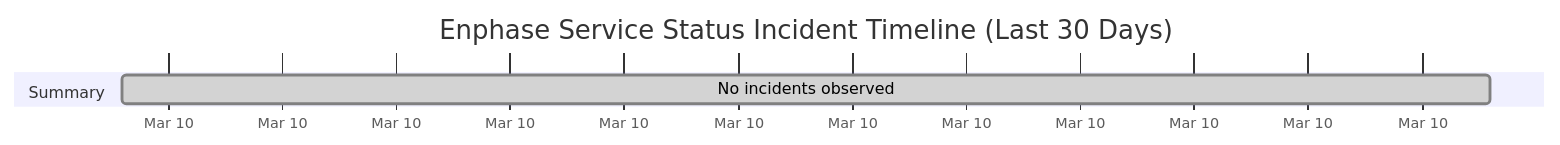
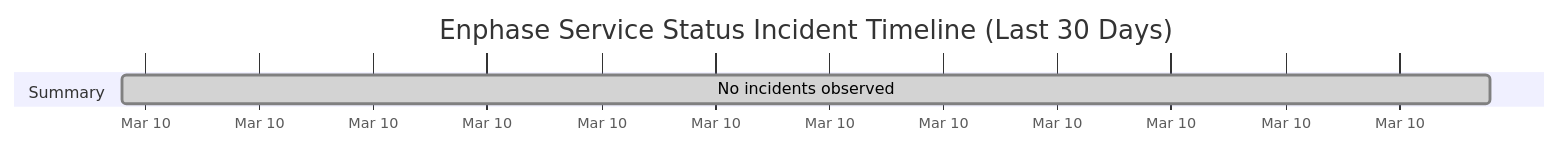
The diagram in wiki/Service-Status-History.md (barneyonline/ha-enphase-ev-charger), drawn with Mermaid before and after one commit. The commit also changed other lines of this file and 3 other files, not shown here.

````diff
--- a/wiki/Service-Status-History.md
+++ b/wiki/Service-Status-History.md
@@ -14,8 +14,8 @@
 ```mermaid
 gantt
     title Enphase Service Status Incident Timeline (Last 30 Days)
     dateFormat  YYYY-MM-DDTHH:mm:ss
     axisFormat  %b %d
     section Summary
-    No incidents observed :done, 2026-03-10T09:34:48, 1m
+    No incidents observed :done, 2026-03-10T10:30:14, 1m
 ```
````
